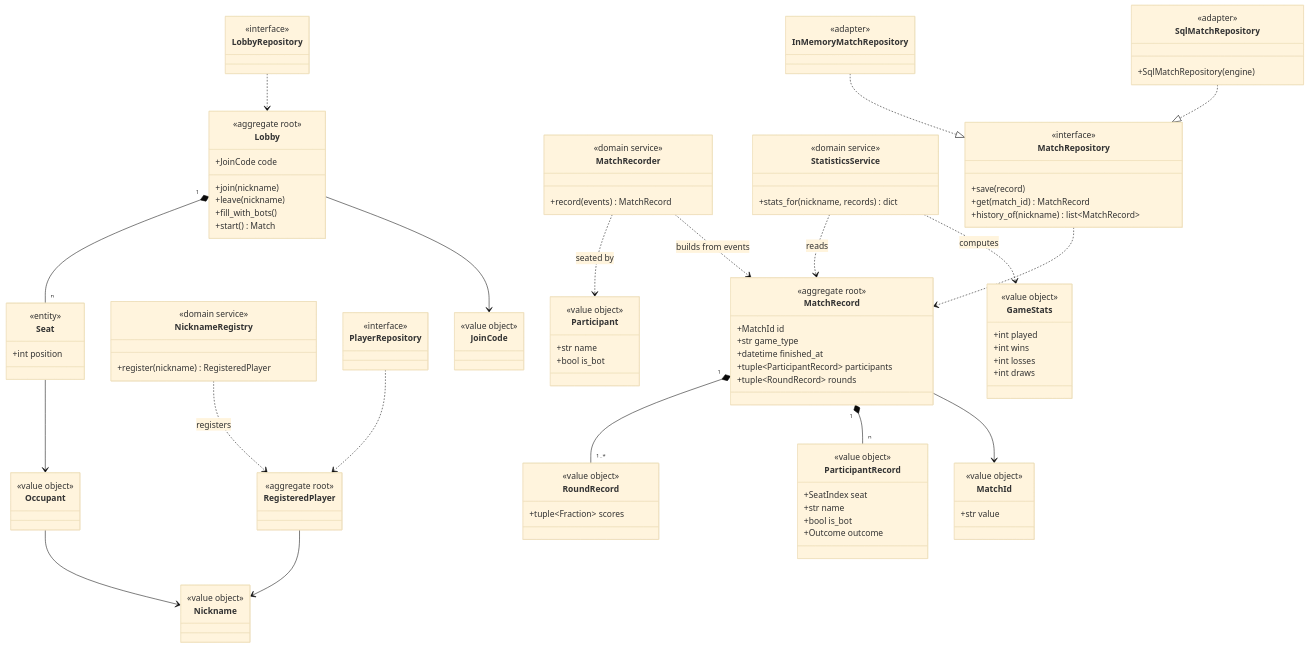
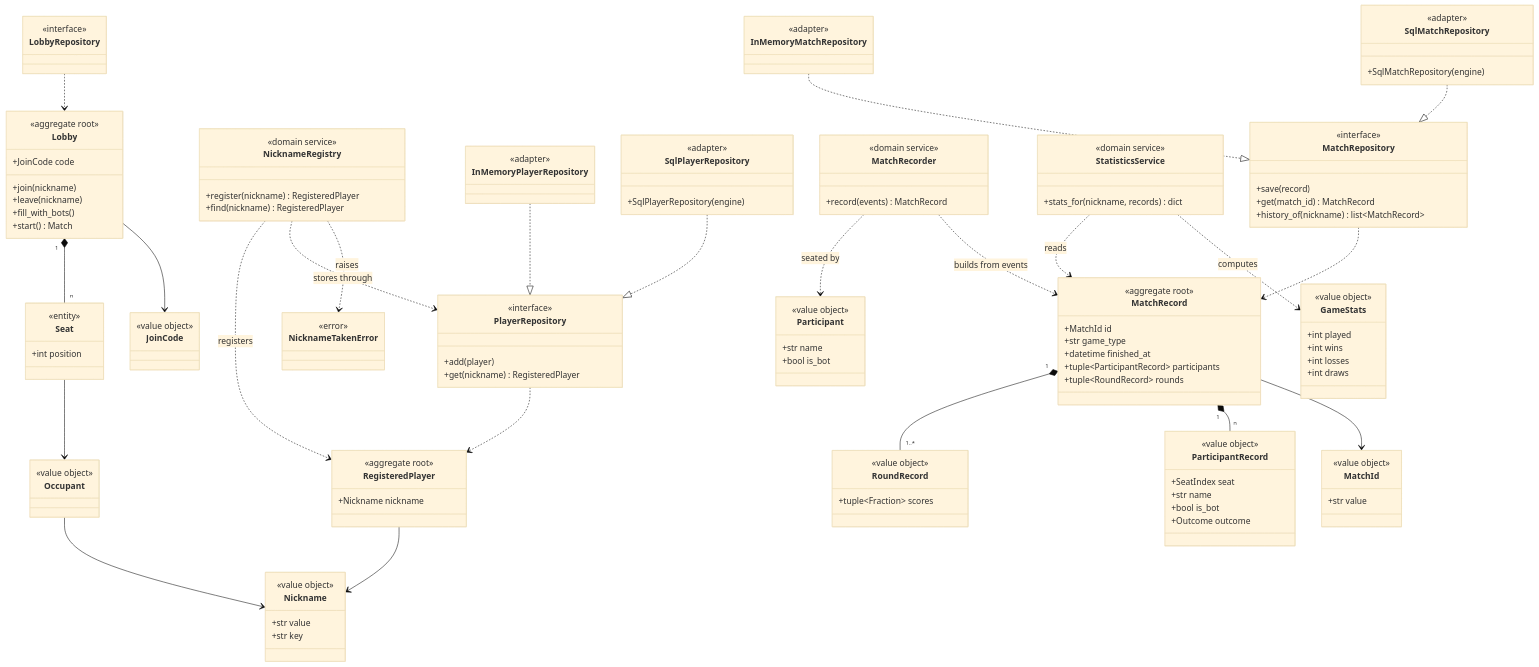
Before and after one commit to unibo-dtm-se-2526-italian-card-games/artifact: the third of 3 diagrams in docs/domain-model.md, drawn with Mermaid (base theme). The commit also changed other lines of this file, not shown here.

Commit message:
docs(domain-model): describe Nickname, RegisteredPlayer, NicknameRegistry and the PlayerRepository adapters

```diff
--- a/docs/domain-model.md
+++ b/docs/domain-model.md
@@ -273,16 +278,32 @@
     }
     class Nickname {
         <<value object>>
+        +str value
+        +str key
     }
     class RegisteredPlayer {
         <<aggregate root>>
+        +Nickname nickname
     }
     class NicknameRegistry {
         <<domain service>>
         +register(nickname) RegisteredPlayer
+        +find(nickname) RegisteredPlayer
+    }
+    class NicknameTakenError {
+        <<error>>
     }
     class PlayerRepository {
         <<interface>>
+        +add(player)
+        +get(nickname) RegisteredPlayer
+    }
+    class InMemoryPlayerRepository {
+        <<adapter>>
+    }
+    class SqlPlayerRepository {
+        <<adapter>>
+        +SqlPlayerRepository(engine)
     }
     class JoinCode {
         <<value object>>
@@ -352,7 +373,11 @@
     Occupant --> Nickname
     RegisteredPlayer --> Nickname
     NicknameRegistry ..> RegisteredPlayer : registers
+    NicknameRegistry ..> PlayerRepository : stores through
+    NicknameRegistry ..> NicknameTakenError : raises
     PlayerRepository ..> RegisteredPlayer
+    InMemoryPlayerRepository ..|> PlayerRepository
+    SqlPlayerRepository ..|> PlayerRepository
     Lobby --> JoinCode
     MatchRecord "1" *-- "1..*" RoundRecord
     MatchRecord "1" *-- "n" ParticipantRecord
```
